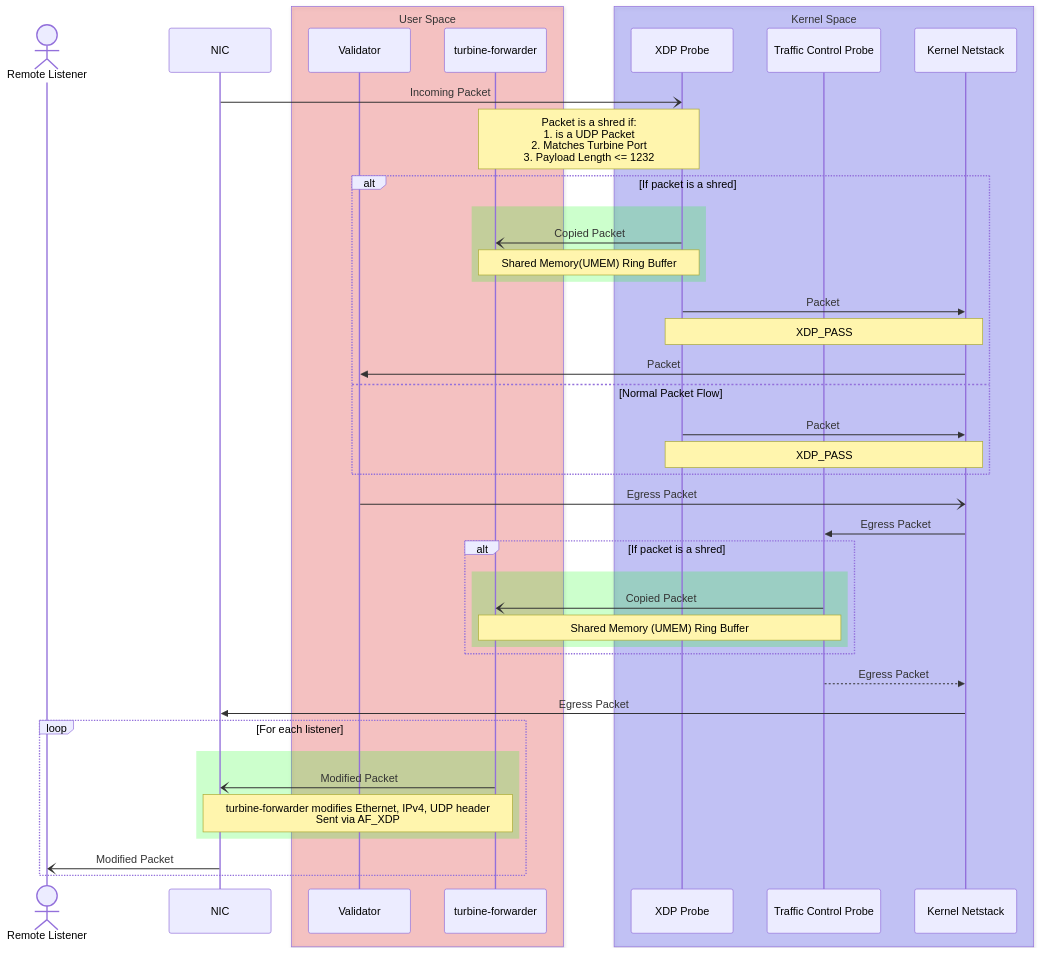
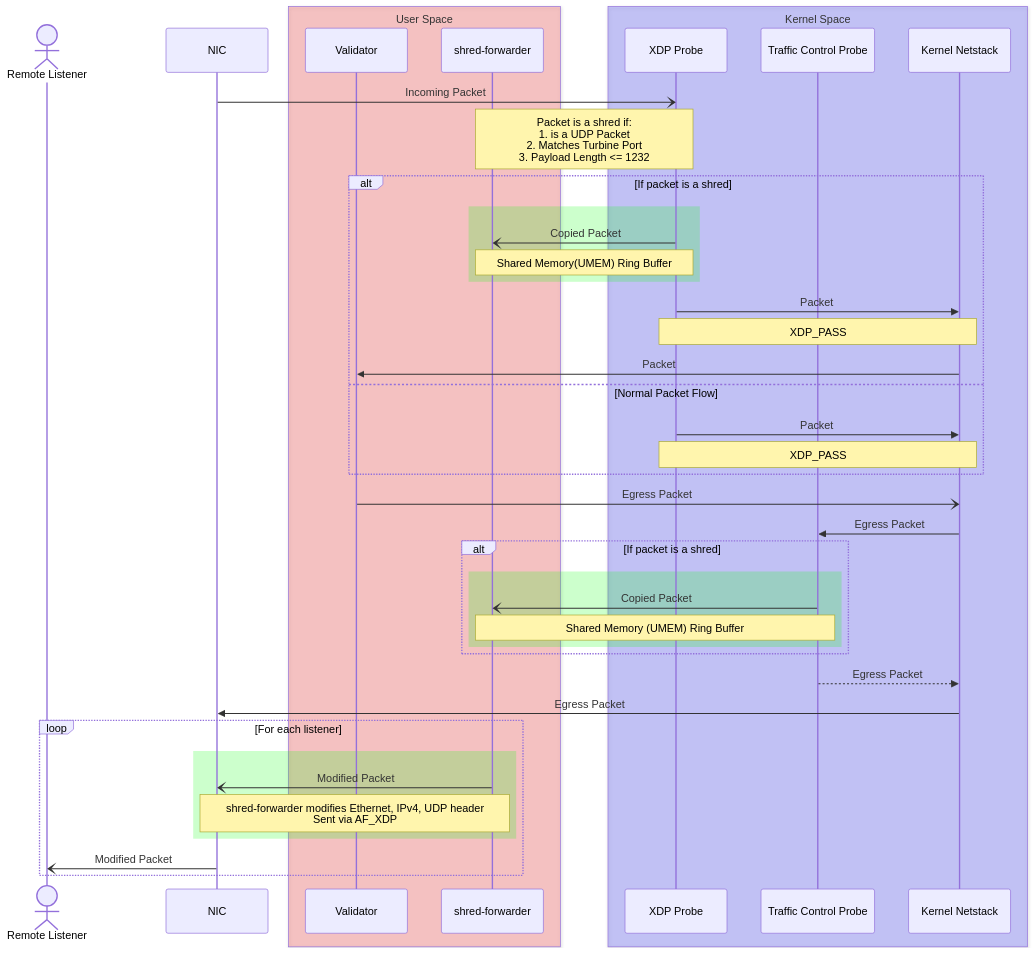
One commit to nuel77/shredcaster changed the diagram in README.md. Above: the diagram before and after it, drawn with Mermaid. The commit also changed other lines of this file and 6 other files, not shown here.

````diff
--- a/README.md
+++ b/README.md
@@ -7,49 +7,49 @@
 ```mermaid
 sequenceDiagram
     actor RL as Remote Listener
     participant NIC
 
     box rgba(255, 0, 0, 0.2) User Space
     participant V as Validator
-    participant TF as turbine-forwarder
+    participant SF as shred-forwarder
     end
     box rgba(0, 0, 255, 0.2) Kernel Space
     participant XP as XDP Probe
     participant TC as Traffic Control Probe
     participant KN as Kernel Netstack
     end
 
     NIC -) XP: Incoming Packet
-    Note over TF,XP: Packet is a shred if:<br>1. is a UDP Packet<br>2. Matches Turbine Port<br>3. Payload Length <= 1232
+    Note over SF,XP: Packet is a shred if:<br>1. is a UDP Packet<br>2. Matches Turbine Port<br>3. Payload Length <= 1232
     alt If packet is a shred
         rect rgba(0, 255, 0, 0.2)
-        XP -) TF: Copied Packet
-        Note over XP,TF: Shared Memory(UMEM) Ring Buffer
+        XP -) SF: Copied Packet
+        Note over XP,SF: Shared Memory(UMEM) Ring Buffer
         end
         XP ->> KN: Packet
         Note over XP,KN: XDP_PASS
         KN ->> V: Packet
     else Normal Packet Flow
         XP ->> KN: Packet
         Note over XP,KN: XDP_PASS
     end
 
     V -) KN: Egress Packet
     KN ->> TC: Egress Packet
     alt If packet is a shred
         rect rgba(0, 255, 0, 0.2)
-        TC -) TF: Copied Packet
-        Note Over TC,TF: Shared Memory (UMEM) Ring Buffer
+        TC -) SF: Copied Packet
+        Note Over TC,SF: Shared Memory (UMEM) Ring Buffer
         end
     end
     TC -->> KN: Egress Packet
     KN ->> NIC: Egress Packet
 
     loop For each listener
         rect rgba(0, 255, 0, 0.2)
-        TF -) NIC: Modified Packet
-        Note over TF, NIC: turbine-forwarder modifies Ethernet, IPv4, UDP header<br> Sent via AF_XDP
+        SF -) NIC: Modified Packet
+        Note over SF, NIC: shred-forwarder modifies Ethernet, IPv4, UDP header<br> Sent via AF_XDP
         end
         NIC -) RL: Modified Packet
     end
 ```
````
